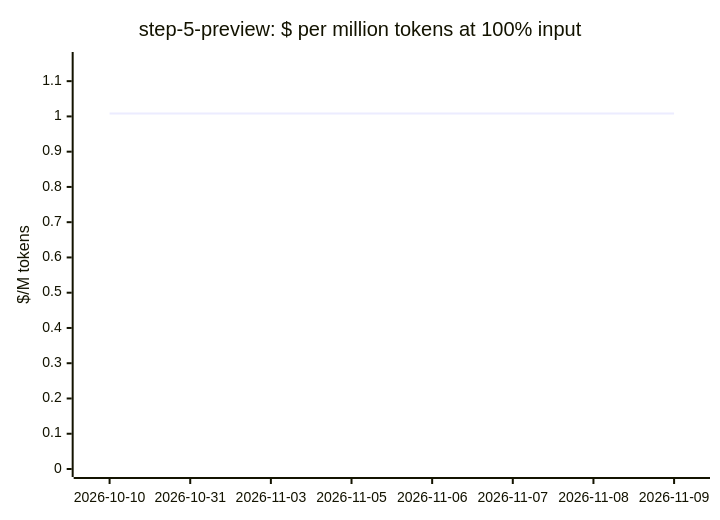
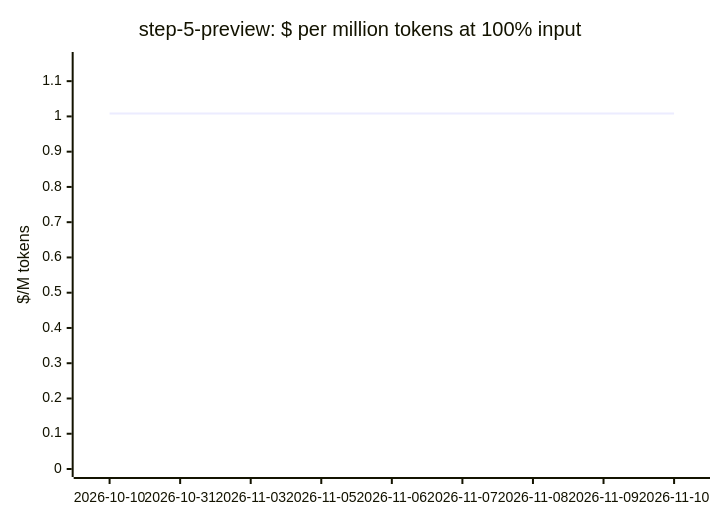
One commit to cklukas/OMEGA_TRANSFORM changed diagram 15 of 19 in docs/openrouter-models.md. Above: the diagram before and after it, drawn with Mermaid. The commit also changed other lines of this file and 49 other files, not shown here.

````diff
--- a/docs/openrouter-models.md
+++ b/docs/openrouter-models.md
@@ -268,7 +266,7 @@
 ```mermaid
 xychart-beta
     title "step-5-preview: $ per million tokens at 100% input"
-    x-axis ["2026-10-10", "2026-10-31", "2026-11-03", "2026-11-05", "2026-11-06", "2026-11-07", "2026-11-08", "2026-11-09"]
+    x-axis ["2026-10-10", "2026-10-31", "2026-11-03", "2026-11-05", "2026-11-06", "2026-11-07", "2026-11-08", "2026-11-09", "2026-11-10"]
     y-axis "$/M tokens" 0 --> 1.16
-    line [1.008, 1.008, 1.008, 1.008, 1.008, 1.008, 1.008, 1.008]
+    line [1.008, 1.008, 1.008, 1.008, 1.008, 1.008, 1.008, 1.008, 1.008]
 ```
````
